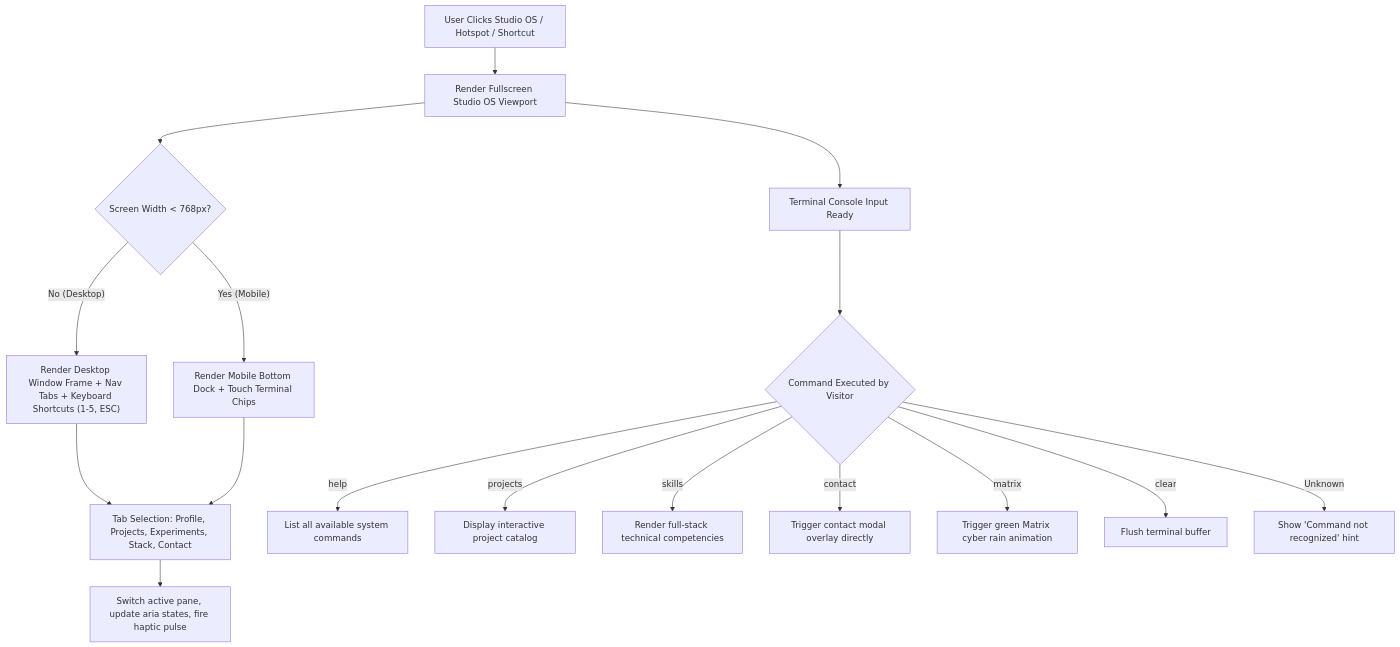
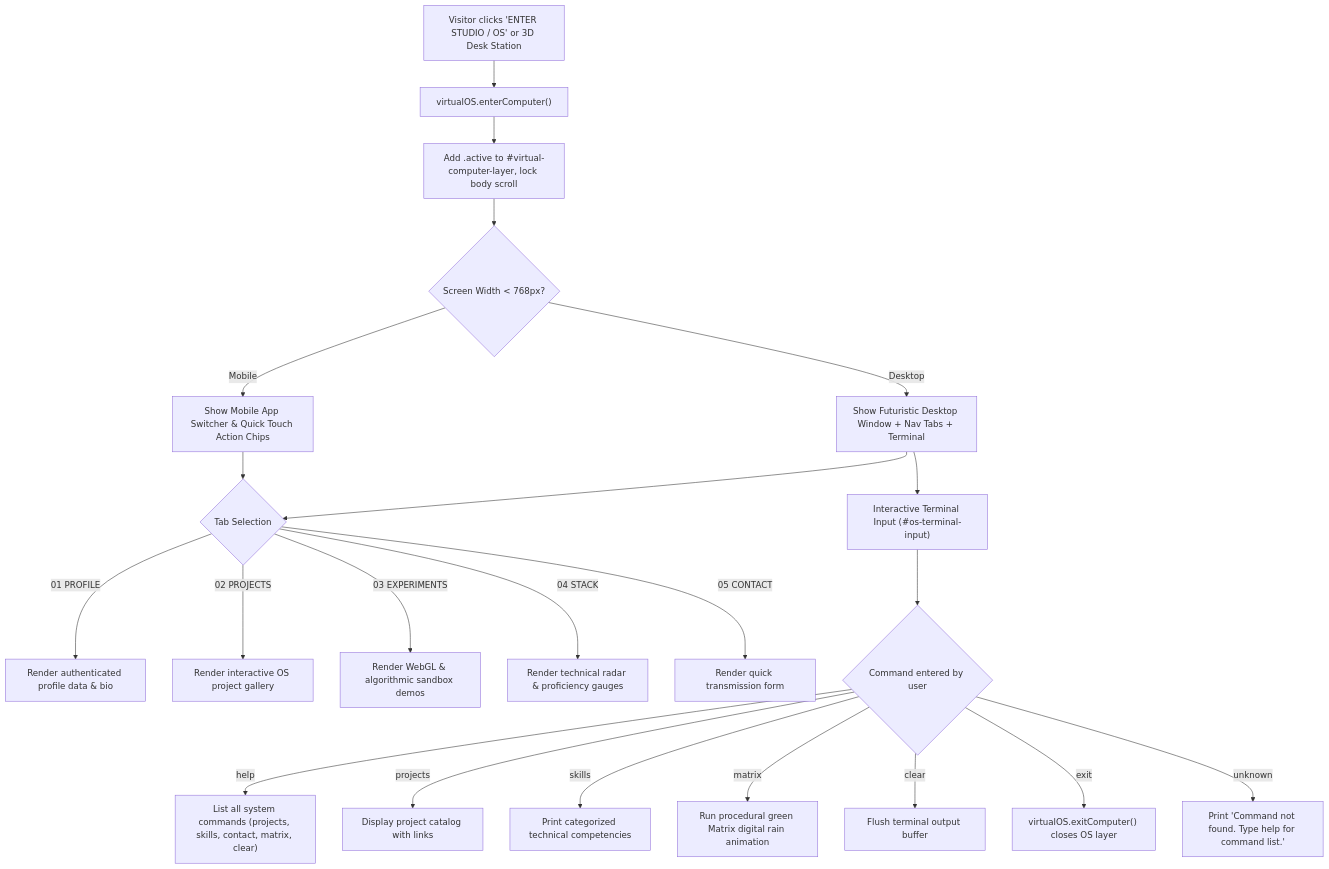
Diagram 12 of 13 in FLOWCHARTS.md (ShivamGrover-05/3D-Portfolio), drawn with Mermaid before and after one commit. The commit also changed other lines of this file, not shown here.

Commit message:
docs: comprehensive update to system flowcharts, function reference, and API architecture

````diff
--- a/FLOWCHARTS.md
+++ b/FLOWCHARTS.md
@@ -330,22 +536,27 @@
 ```mermaid
 flowchart TD
-    LaunchOS["User Clicks Studio OS / Hotspot / Shortcut"] --> ShowModal["Render Fullscreen Studio OS Viewport"]
-    ShowModal --> CheckDevice{"Screen Width < 768px?"}
-    CheckDevice -- "Yes (Mobile)" --> MobileOS["Render Mobile Bottom Dock + Touch Terminal Chips"]
-    CheckDevice -- "No (Desktop)" --> DesktopOS["Render Desktop Window Frame + Nav Tabs + Keyboard Shortcuts (1-5, ESC)"]
+    TriggerOS["Visitor clicks 'ENTER STUDIO / OS' or 3D Desk Station"] --> OpenLayer["virtualOS.enterComputer()"]
+    OpenLayer --> AnimateLayer["Add .active to #virtual-computer-layer, lock body scroll"]
     
-    DesktopOS --> SelectTab["Tab Selection: Profile, Projects, Experiments, Stack, Contact"]
-    MobileOS --> SelectTab
+    AnimateLayer --> CheckScreen{"Screen Width < 768px?"}
+    CheckScreen -- "Mobile" --> MobileOSUI["Show Mobile App Switcher & Quick Touch Action Chips"]
+    CheckScreen -- "Desktop" --> DesktopOSUI["Show Futuristic Desktop Window + Nav Tabs + Terminal"]
     
-    SelectTab --> TabContent["Switch active pane, update aria states, fire haptic pulse"]
+    DesktopOSUI --> TabSwitcher{"Tab Selection"}
+    MobileOSUI --> TabSwitcher
+    TabSwitcher -- "01 PROFILE" --> ShowProfile["Render authenticated profile data & bio"]
+    TabSwitcher -- "02 PROJECTS" --> ShowProjects["Render interactive OS project gallery"]
+    TabSwitcher -- "03 EXPERIMENTS" --> ShowExp["Render WebGL & algorithmic sandbox demos"]
+    TabSwitcher -- "04 STACK" --> ShowStack["Render technical radar & proficiency gauges"]
+    TabSwitcher -- "05 CONTACT" --> ShowContact["Render quick transmission form"]
     
-    ShowModal --> TerminalSession["Terminal Console Input Ready"]
-    TerminalSession --> ParseCmd{"Command Executed by Visitor"}
-    ParseCmd -- "help" --> ListCmds["List all available system commands"]
-    ParseCmd -- "projects" --> ListProj["Display interactive project catalog"]
-    ParseCmd -- "skills" --> ListSkills["Render full-stack technical competencies"]
-    ParseCmd -- "contact" --> OpenContact["Trigger contact modal overlay directly"]
-    ParseCmd -- "matrix" --> MatrixAnim["Trigger green Matrix cyber rain animation"]
-    ParseCmd -- "clear" --> ClearTerm["Flush terminal buffer"]
-    ParseCmd -- "Unknown" --> ErrNotice["Show 'Command not recognized' hint"]
+    DesktopOSUI --> TerminalInput["Interactive Terminal Input (#os-terminal-input)"]
+    TerminalInput --> HandleCmd{"Command entered by user"}
+    HandleCmd -- "help" --> CmdHelp["List all system commands (projects, skills, contact, matrix, clear)"]
+    HandleCmd -- "projects" --> CmdProjects["Display project catalog with links"]
+    HandleCmd -- "skills" --> CmdSkills["Print categorized technical competencies"]
+    HandleCmd -- "matrix" --> CmdMatrix["Run procedural green Matrix digital rain animation"]
+    HandleCmd -- "clear" --> CmdClear["Flush terminal output buffer"]
+    HandleCmd -- "exit" --> CmdExit["virtualOS.exitComputer() closes OS layer"]
+    HandleCmd -- "unknown" --> CmdErr["Print 'Command not found. Type help for command list.'"]
 ```
````
